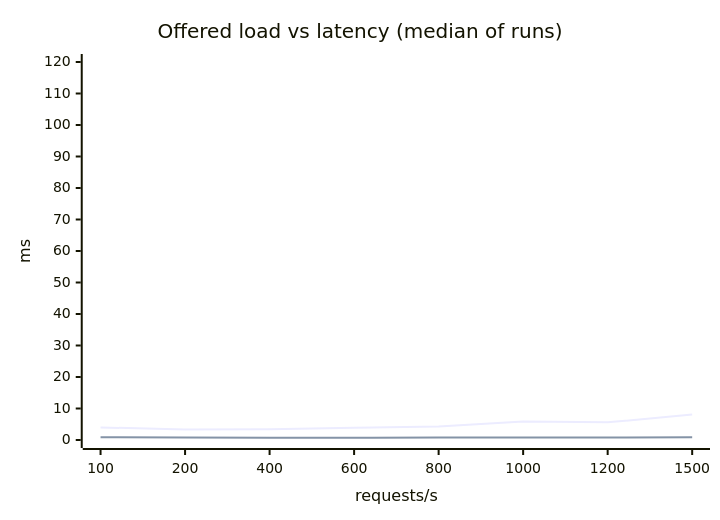
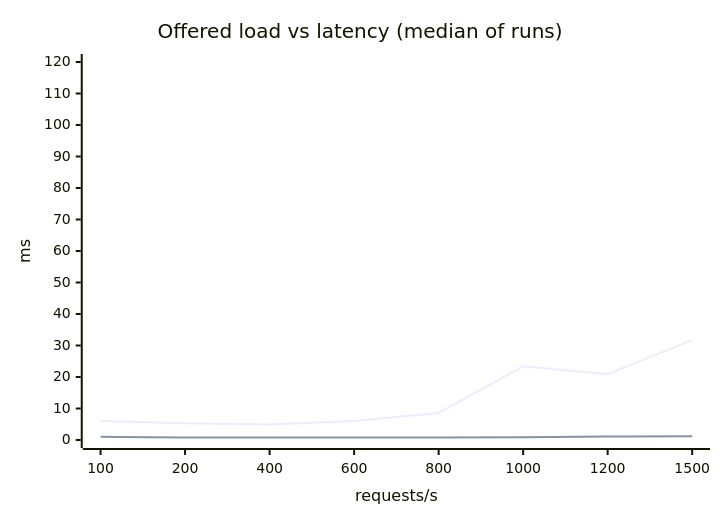
The diagram in docs/results/latency.md (heyemlee/recloop), drawn with Mermaid before and after one commit. The commit also changed other lines of this file and 5 other files, not shown here.

````diff
--- a/docs/results/latency.md
+++ b/docs/results/latency.md
@@ -50,8 +48,8 @@
 ```mermaid
 xychart-beta
   title "Offered load vs latency (median of runs)"
   x-axis "requests/s" [100, 200, 400, 600, 800, 1000, 1200, 1500]
   y-axis "ms" 0 --> 120
-  line [4.0, 3.3, 3.4, 3.9, 4.3, 5.9, 5.6, 8.1]
-  line [0.9, 0.8, 0.7, 0.7, 0.8, 0.8, 0.8, 0.9]
+  line [6.0, 5.3, 4.9, 6.0, 8.6, 23.4, 20.9, 31.7]
+  line [1.0, 0.8, 0.8, 0.8, 0.8, 0.9, 1.1, 1.2]
 ```
````
